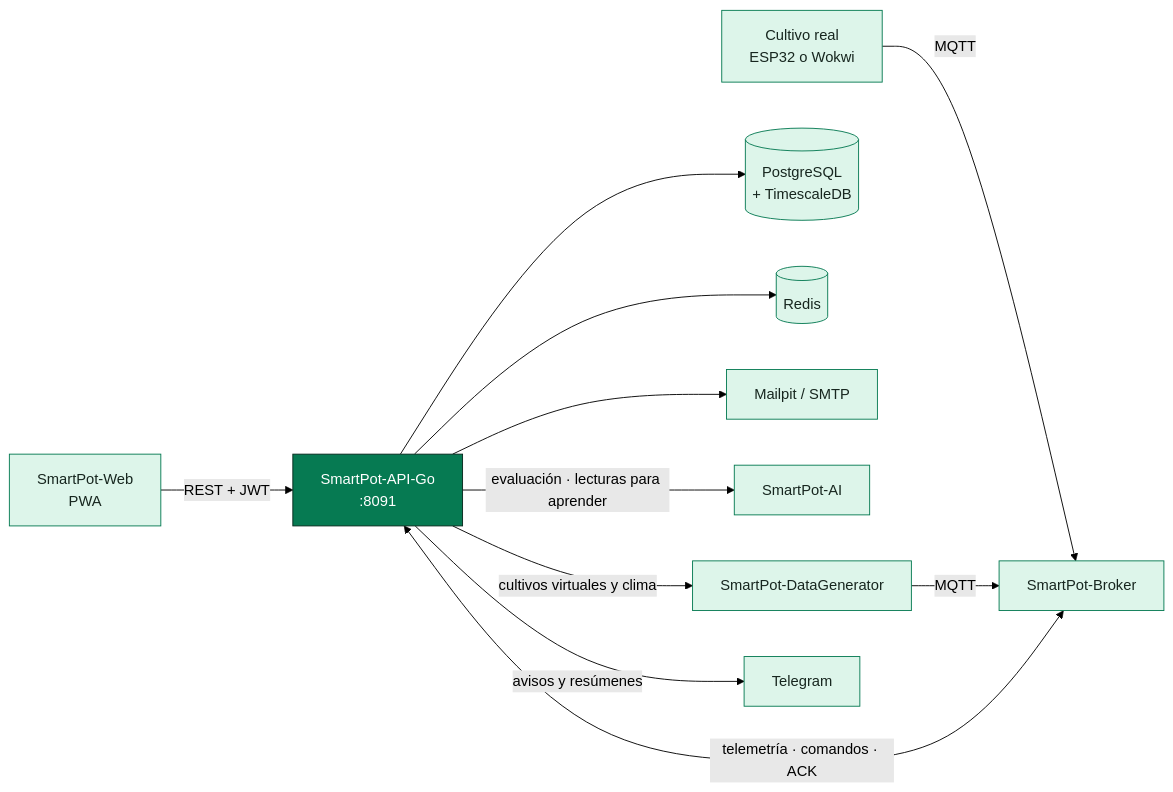
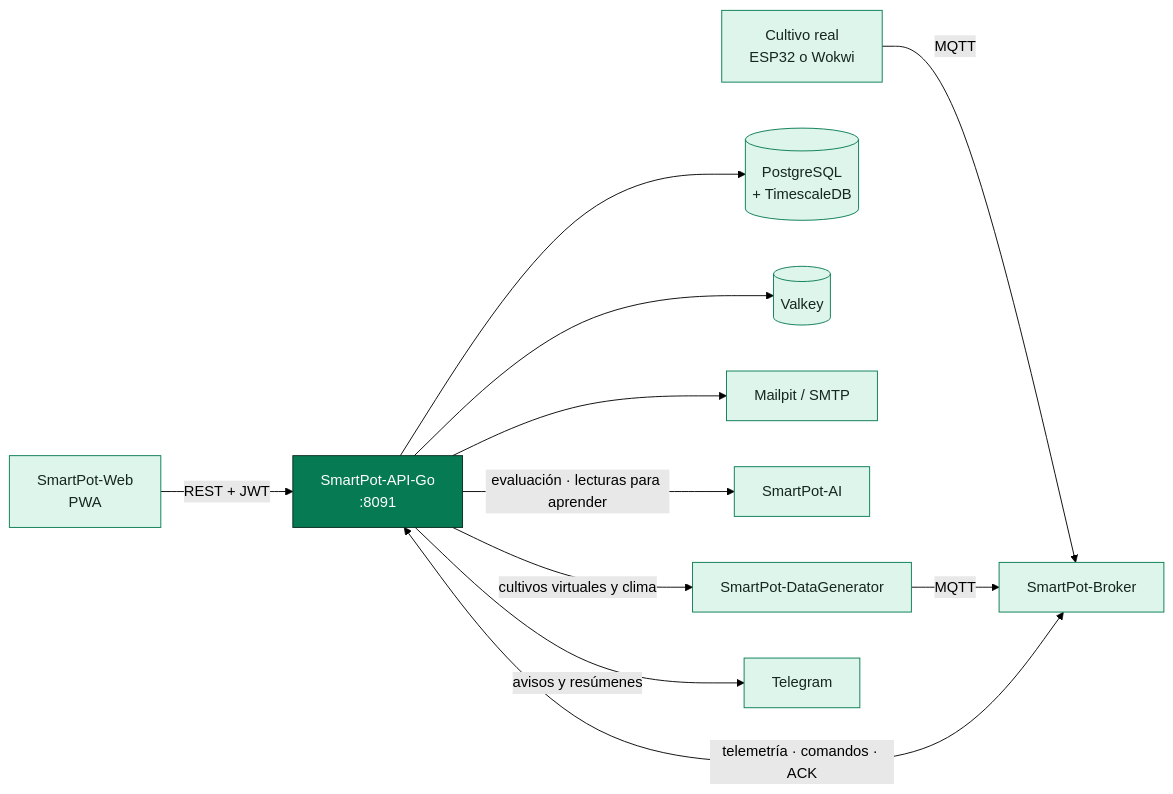
The diagram in README.md (SmartPotTech/SmartPot-API-Go), drawn with Mermaid (forest theme) before and after one commit. The commit also changed other lines of this file, not shown here.

Commit message:
Document cache port and Valkey adapter in README

````diff
--- a/README.md
+++ b/README.md
@@ -27,18 +29,18 @@
 ```mermaid
 flowchart LR
   web["SmartPot-Web<br/>PWA"] -->|"REST + JWT"| api["SmartPot-API-Go<br/>:8091"]
   esp["Cultivo real<br/>ESP32 o Wokwi"] -->|"MQTT"| broker["SmartPot-Broker"]
   broker <-->|"telemetría · comandos · ACK"| api
   api --> db[("PostgreSQL<br/>+ TimescaleDB")]
-  api --> cache[("Redis")]
+  api --> cache[("Valkey")]
   api --> mail["Mailpit / SMTP"]
   api -->|"evaluación · lecturas para aprender"| ai["SmartPot-AI"]
   api -->|"cultivos virtuales y clima"| sim["SmartPot-DataGenerator"]
   sim -->|"MQTT"| broker
   api -->|"avisos y resúmenes"| tg["Telegram"]
 
   classDef core fill:#067A52,stroke:#06281C,color:#fff;
   classDef ext fill:#DDF5EA,stroke:#067A52,color:#17261F;
   class api core;
   class web,esp,broker,db,cache,mail,ai,sim,tg ext;
 ```
````
